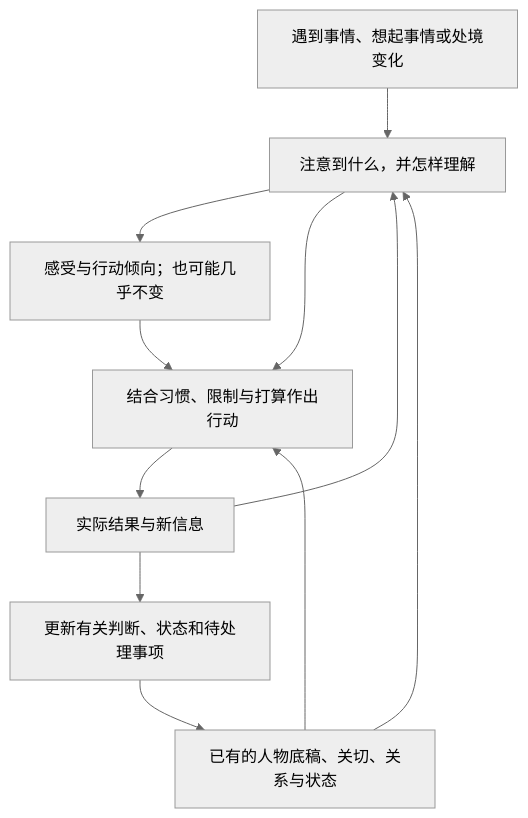
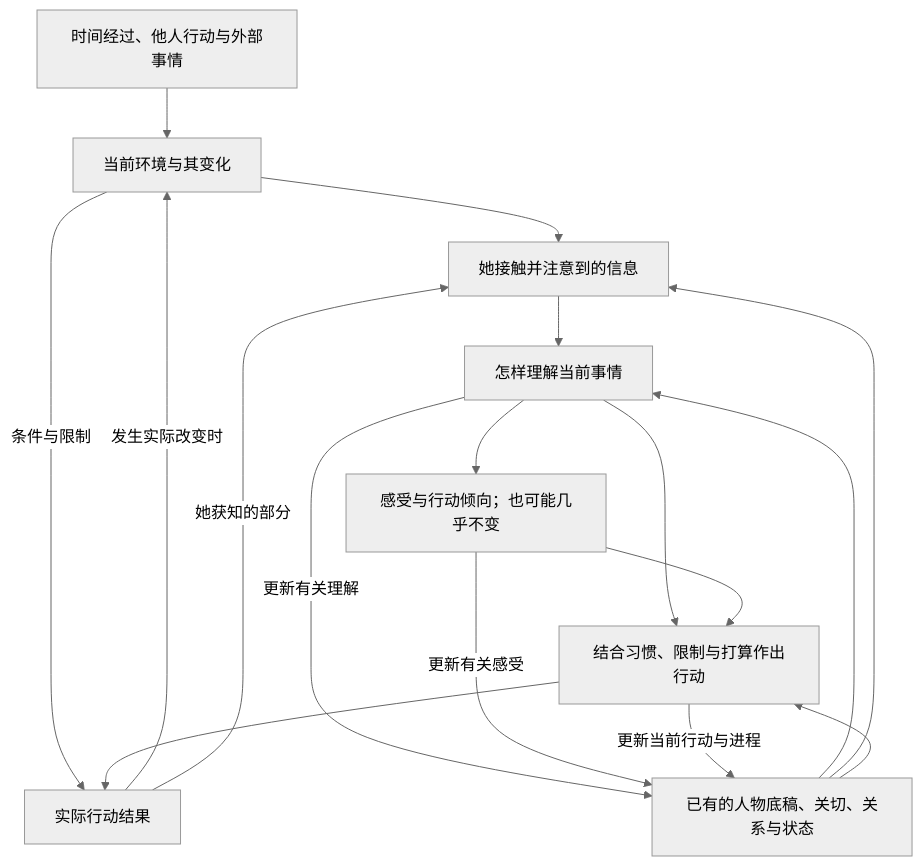
Before and after one commit to ajh99990/between: the diagram in docs/人物行为变化框架-v0.1.md, drawn with Mermaid (neutral theme). The commit also changed other lines of this file and 2 other files, not shown here.

````diff
--- a/docs/人物行为变化框架-v0.1.md
+++ b/docs/人物行为变化框架-v0.1.md
@@ -57,13 +98,19 @@
 ```mermaid
 flowchart TD
-    A[遇到事情、想起事情或处境变化] --> B[注意到什么，并怎样理解]
+    X[时间经过、他人行动与外部事情] --> W
+    W[当前环境与其变化] --> A[她接触并注意到的信息]
+    A --> B[怎样理解当前事情]
     P[已有的人物底稿、关切、关系与状态] --> B
+    P --> A
     B --> C[感受与行动倾向；也可能几乎不变]
     B --> D[结合习惯、限制与打算作出行动]
     C --> D
     P --> D
-    D --> E[实际结果与新信息]
-    E --> B
-    E --> F[更新有关判断、状态和待处理事项]
-    F --> P
+    W -->|条件与限制| E[实际行动结果]
+    D --> E
+    E -->|发生实际改变时| W
+    E -->|她获知的部分| A
+    B -->|更新有关理解| P
+    C -->|更新有关感受| P
+    D -->|更新当前行动与进程| P
 ```
````
